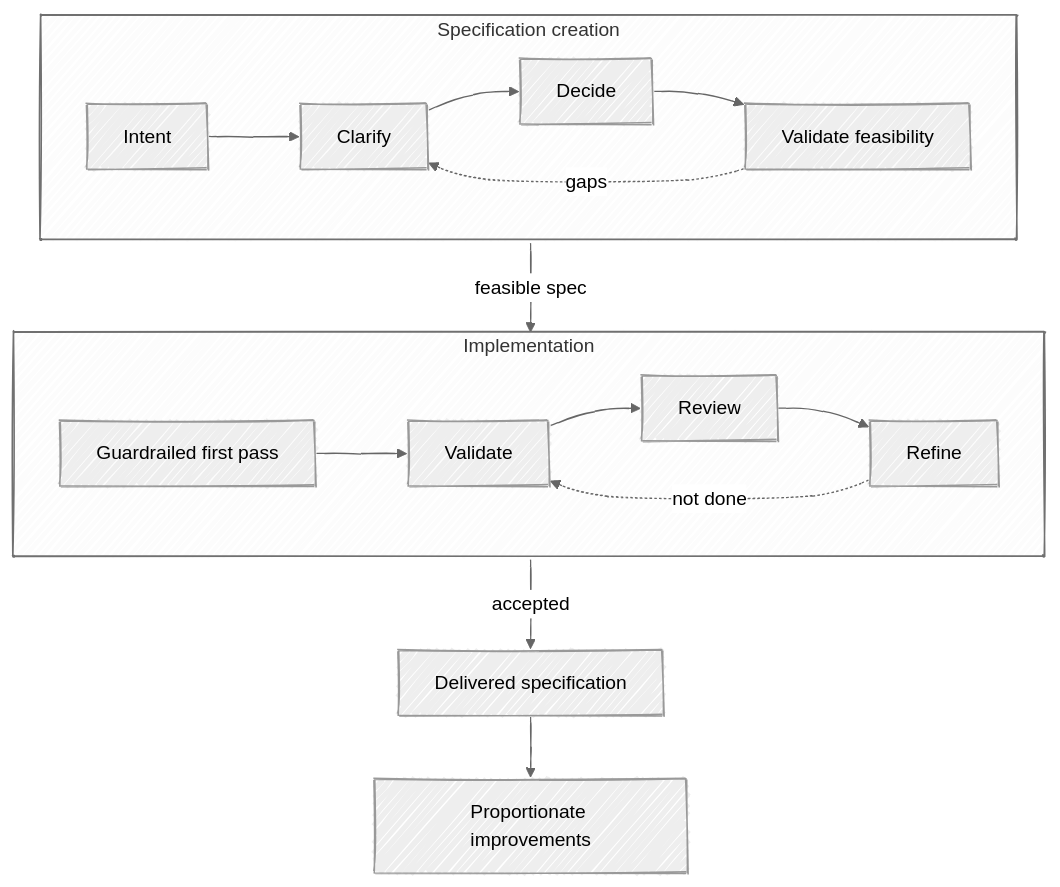
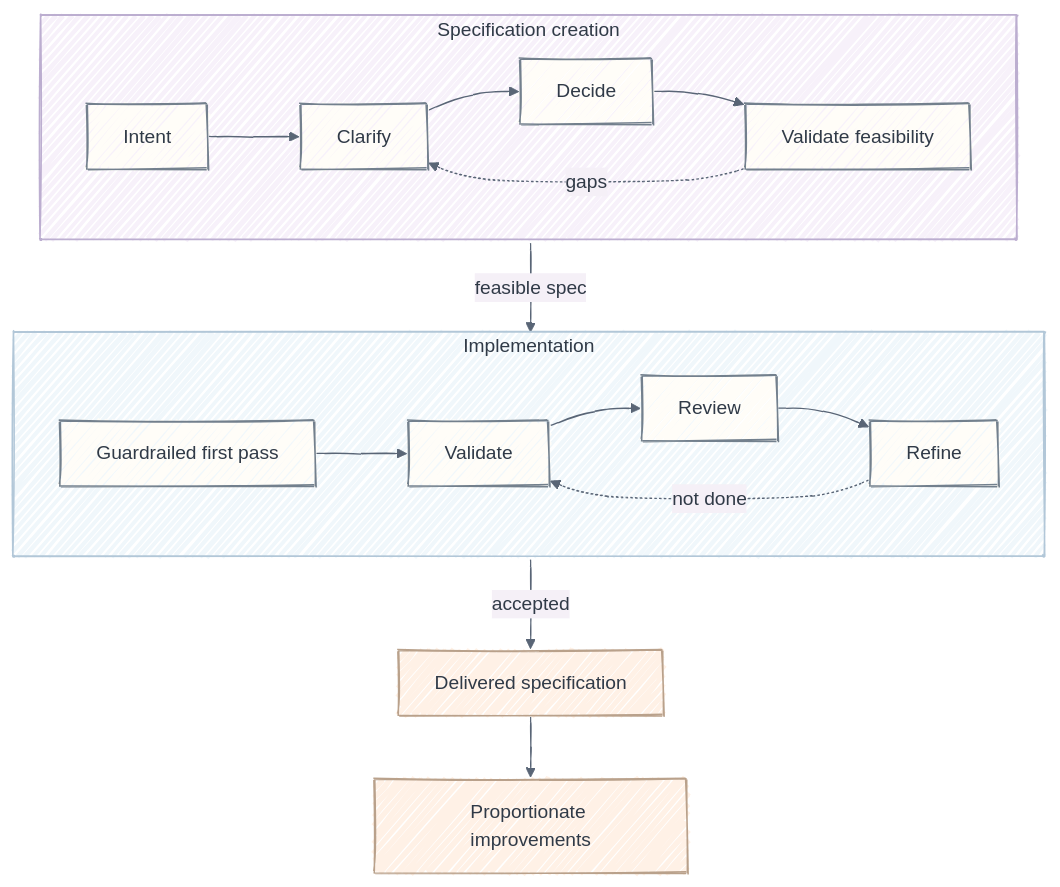
Before and after one commit to rich-mond/human-agent-development-framework: the diagram in README.md, drawn with Mermaid.

Commit message:
Refine Mermaid diagram styling

````diff
--- a/README.md
+++ b/README.md
@@ -96,26 +96,37 @@
 ```mermaid
 ---
 config:
   look: handDrawn
-  theme: neutral
+  theme: base
+  themeVariables:
+    primaryTextColor: "#303a47"
+    textColor: "#303a47"
+    lineColor: "#596576"
+    edgeLabelBackground: "#f5f0f7"
 ---
 flowchart TB
     subgraph S[Specification creation]
         direction LR
         S1[Intent] --> S2[Clarify] --> S3[Decide] --> S4[Validate feasibility]
         S4 -. gaps .-> S2
     end
 
     subgraph I[Implementation]
         direction LR
         I1[Guardrailed first pass] --> I2[Validate] --> I3[Review] --> I4[Refine]
         I4 -. not done .-> I2
     end
 
     D[Delivered specification]
     G[Proportionate improvements]
 
     S -->|feasible spec| I
     I -->|accepted| D
     D --> G
+
+    classDef default fill:#fffdf8,stroke:#73808d,color:#303a47
+    classDef learning fill:#fff1e6,stroke:#b9a18b,color:#303a47
+    class D,G learning
+    style S fill:#f7f1fa,stroke:#bcaed0,color:#303a47
+    style I fill:#f0f7fb,stroke:#b2c7d8,color:#303a47
 ```
````
